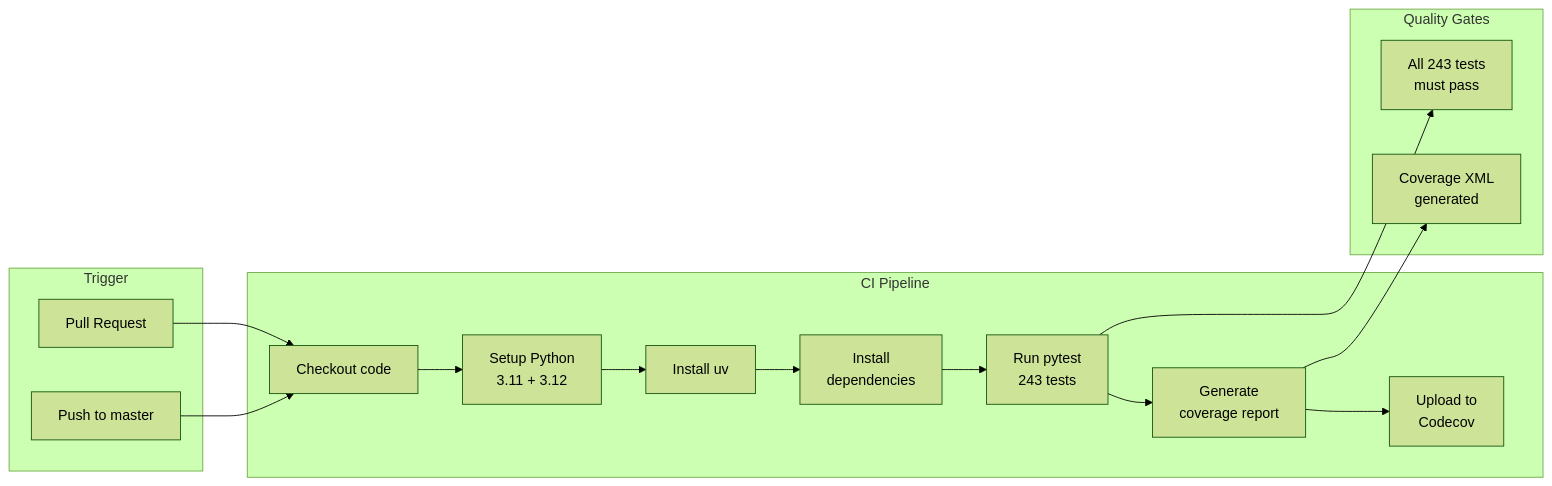
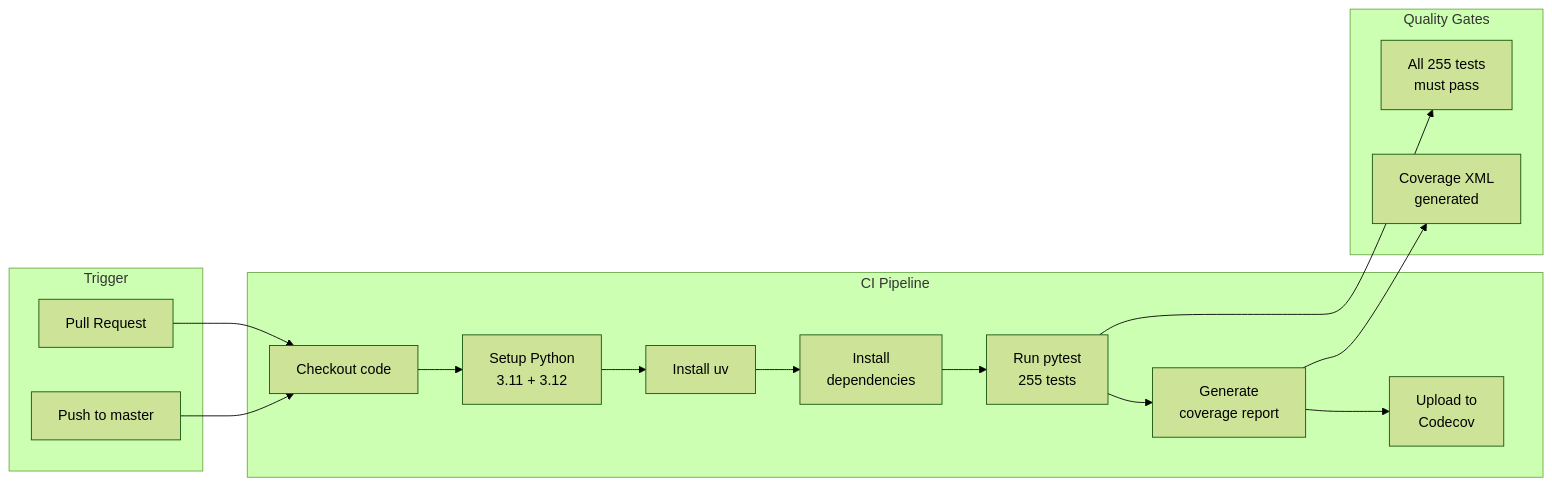
Before and after one commit to Jothom2912/Finance-Tracker: the fifth of 7 diagrams in docs/MANDATORY_ASSIGNMENT_1_REPORT.md, drawn with Mermaid (forest theme). The commit also changed other lines of this file and 6 other files, not shown here.

First line of the commit message:
Update documentation to reflect architecture refactoring

````diff
--- a/docs/MANDATORY_ASSIGNMENT_1_REPORT.md
+++ b/docs/MANDATORY_ASSIGNMENT_1_REPORT.md
@@ -399,29 +401,29 @@
 ```mermaid
 flowchart LR
     subgraph trigger [Trigger]
         Push["Push to master"]
         PR["Pull Request"]
     end
 
     subgraph ci [CI Pipeline]
         Checkout["Checkout code"]
         Setup["Setup Python<br/>3.11 + 3.12"]
         InstallUV["Install uv"]
         Deps["Install<br/>dependencies"]
-        Test["Run pytest<br/>243 tests"]
+        Test["Run pytest<br/>255 tests"]
         Coverage["Generate<br/>coverage report"]
         Upload["Upload to<br/>Codecov"]
     end
 
     subgraph gates [Quality Gates]
-        AllPass["All 243 tests<br/>must pass"]
+        AllPass["All 255 tests<br/>must pass"]
         CovReport["Coverage XML<br/>generated"]
     end
 
     Push --> Checkout
     PR --> Checkout
     Checkout --> Setup --> InstallUV --> Deps --> Test
     Test --> Coverage --> Upload
     Test --> AllPass
     Coverage --> CovReport
 ```
````
